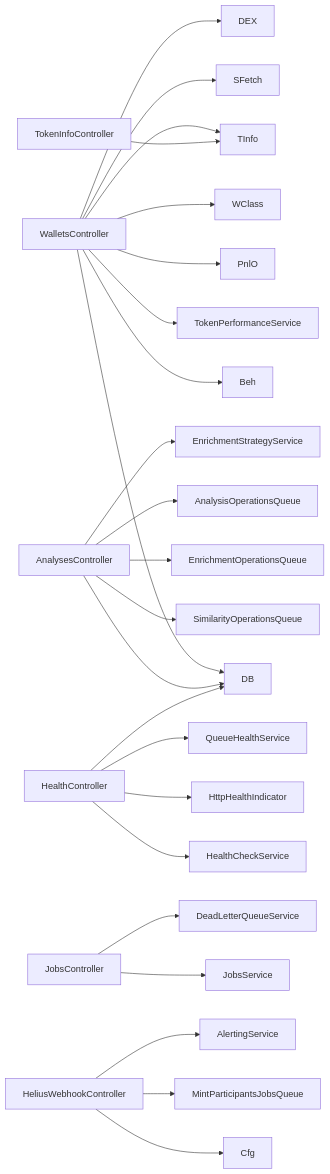
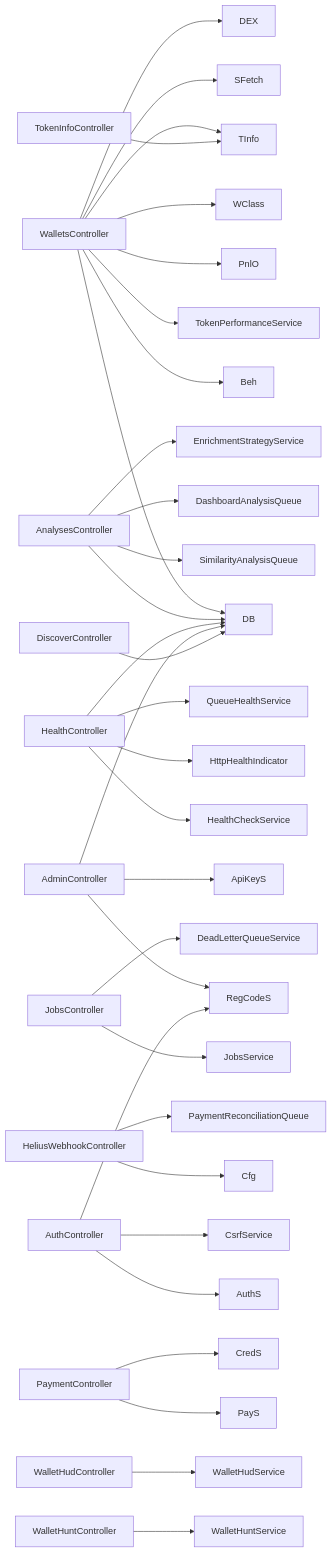
Before and after one commit to nydiokar/analyzer: the third of 4 diagrams in src/api/map.md, drawn with Mermaid. The commit also changed other lines of this file and 2 other files, not shown here.

First line of the commit message:
refactor(docs): update README and API documentation for Sova Intel platform

````diff
--- a/src/api/map.md
+++ b/src/api/map.md
@@ -411,30 +565,45 @@
 ```mermaid
 graph LR
   WCtrl[WalletsController] --> DB
   WCtrl --> Beh
   WCtrl --> TPerf[TokenPerformanceService]
   WCtrl --> PnlO
   WCtrl --> TInfo
   WCtrl --> WClass
   WCtrl --> SFetch
   WCtrl --> DEX
 
   ACtrl[AnalysesController] --> DB
-  ACtrl --> SimQ[SimilarityOperationsQueue]
-  ACtrl --> EnrichQ[EnrichmentOperationsQueue]
-  ACtrl --> AnalQ[AnalysisOperationsQueue]
+  ACtrl --> SimilarityQ[SimilarityAnalysisQueue]
+  ACtrl --> DashboardQ[DashboardAnalysisQueue]
   ACtrl --> EStrat[EnrichmentStrategyService]
 
   JCtrl[JobsController] --> JSvc[JobsService]
   JCtrl --> DLQ[DeadLetterQueueService]
 
   TICtrl[TokenInfoController] --> TInfo
   HCtrl[HealthController] --> HCS[HealthCheckService]
   HCtrl --> HH[HttpHealthIndicator]
   HCtrl --> DB
   HCtrl --> QHS[QueueHealthService]
 
   Webhook[HeliusWebhookController] --> Cfg
-  Webhook --> MPQ[MintParticipantsJobsQueue]
-  Webhook --> Alert[AlertingService]
+  Webhook --> PaymentRecQ[PaymentReconciliationQueue]
+
+  AdminCtrl[AdminController] --> DB
+  AdminCtrl --> ApiKeyS
+  AdminCtrl --> RegCodeS
+
+  AuthCtrl[AuthController] --> AuthS
+  AuthCtrl --> RegCodeS
+  AuthCtrl --> CsrfS[CsrfService]
+
+  PayCtrl[PaymentController] --> PayS
+  PayCtrl --> CredS
+
+  DiscCtrl[DiscoverController] --> DB
+
+  HudCtrl[WalletHudController] --> HudS[WalletHudService]
+
+  HuntCtrl[WalletHuntController] --> HuntS[WalletHuntService]
 ```
````
